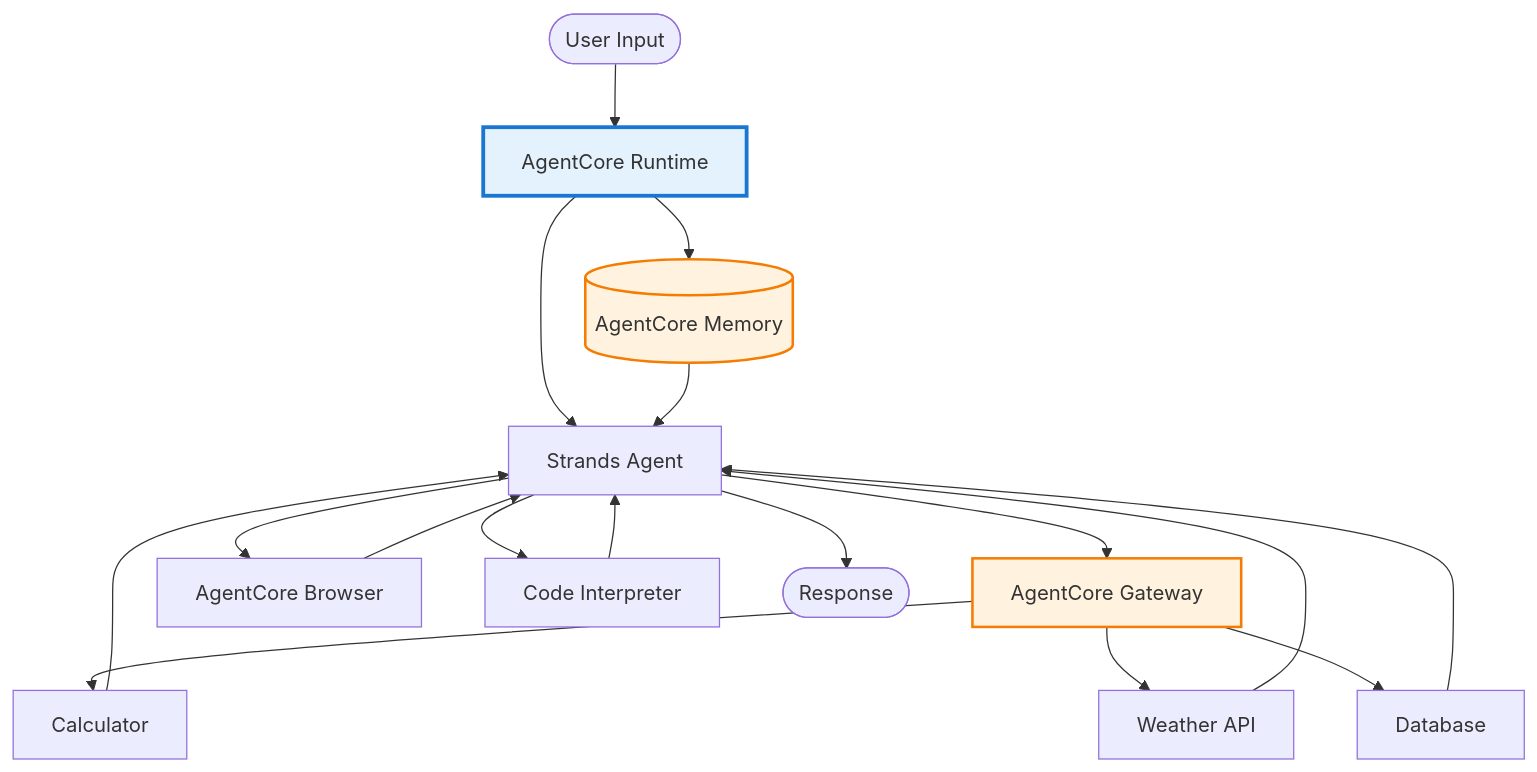
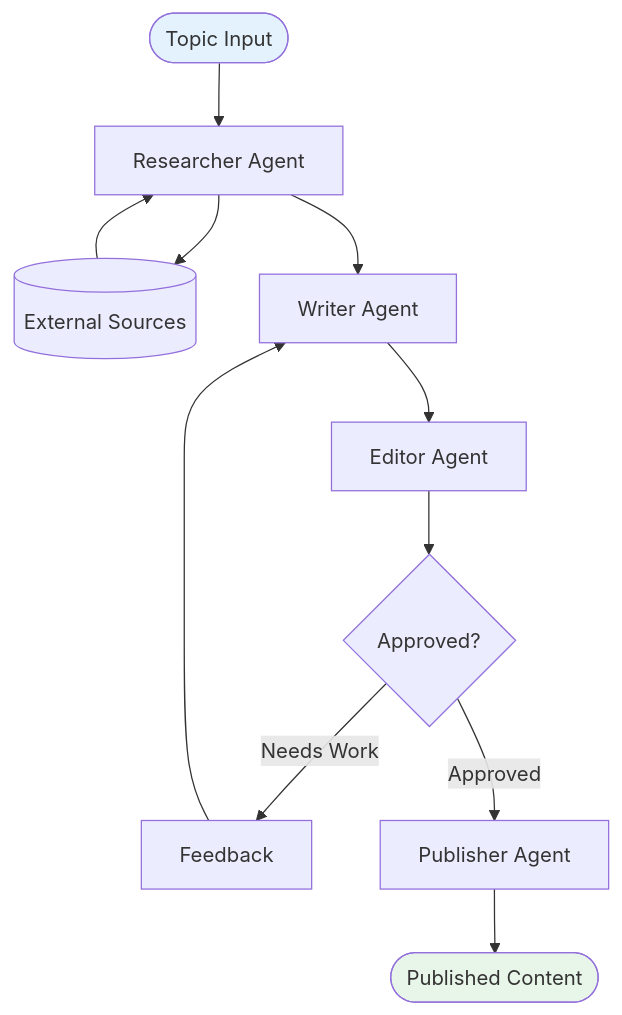
One commit to muylucir/path changed the tenth of 11 diagrams in path-strands-agent/skills/mermaid-diagrams/references/pattern-examples.md. Above: the diagram before and after it, drawn with Mermaid. The commit also changed other lines of this file and 121 other files, not shown here.

````diff
--- a/path-strands-agent/skills/mermaid-diagrams/references/pattern-examples.md
+++ b/path-strands-agent/skills/mermaid-diagrams/references/pattern-examples.md
@@ -84,27 +129,16 @@
 ```mermaid
 graph TD
-    User([User Input]) --> Runtime[AgentCore Runtime]
-    Runtime --> Memory[(AgentCore Memory)]
-    Runtime --> Agent[Strands Agent]
+    Topic([Topic Input]) --> Research[Researcher Agent]
+    Research --> Sources[(External Sources)]
+    Sources --> Research
+    Research --> Draft[Writer Agent]
+    Draft --> Review[Editor Agent]
+    Review --> Check{"Approved?"}
+    Check -->|Needs Work| Feedback[Feedback]
+    Feedback --> Draft
+    Check -->|Approved| Publish[Publisher Agent]
+    Publish --> Output([Published Content])
 
-    Agent --> Gateway[AgentCore Gateway]
-    Gateway --> Tool1[Calculator]
-    Gateway --> Tool2[Weather API]
-    Gateway --> Tool3[Database]
-
-    Agent --> Browser[AgentCore Browser]
-    Agent --> CodeInt[Code Interpreter]
-
-    Memory --> Agent
-    Tool1 --> Agent
-    Tool2 --> Agent
-    Tool3 --> Agent
-    Browser --> Agent
-    CodeInt --> Agent
-
-    Agent --> Response([Response])
-
-    style Runtime fill:#E3F2FD,stroke:#1976D2,stroke-width:3px
-    style Memory fill:#FFF3E0,stroke:#F57C00,stroke-width:2px
-    style Gateway fill:#FFF3E0,stroke:#F57C00,stroke-width:2px
+    style Topic fill:#E3F2FD
+    style Output fill:#E8F5E9
 ```
````
